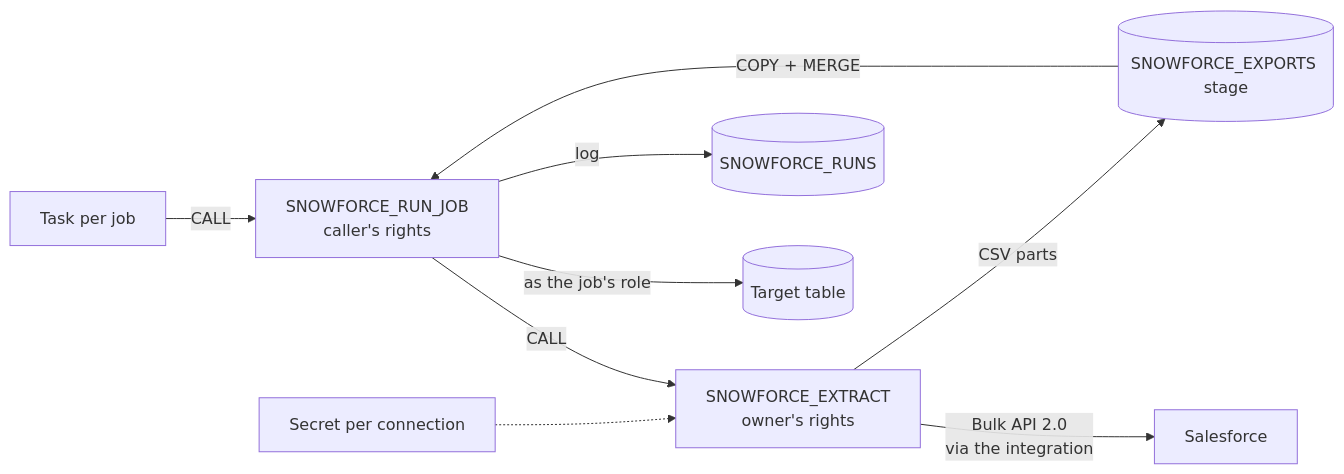
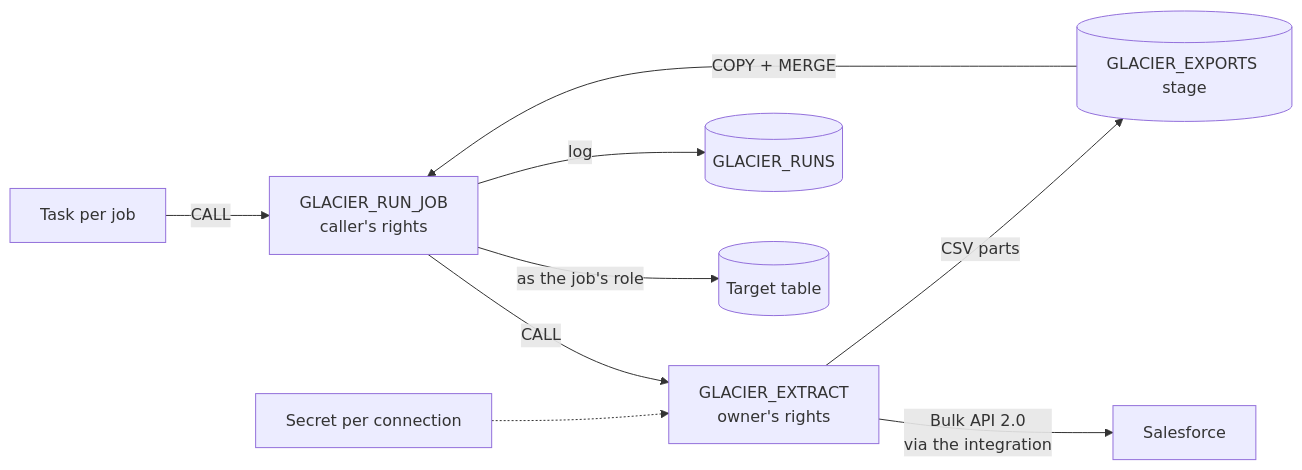
One commit to cranforce/Glacier changed the diagram in docs/snowflake-setup.md. Above: the diagram before and after it, drawn with Mermaid. The commit also changed other lines of this file and 33 other files, not shown here.

First line of the commit message:
Rename Snowforce to Glacier and give it its own database

````diff
--- a/docs/snowflake-setup.md
+++ b/docs/snowflake-setup.md
@@ -17,11 +17,11 @@
 ```mermaid
 flowchart LR
-  TASK["Task per job"] -- "CALL" --> RUN["SNOWFORCE_RUN_JOB<br/>caller's rights"]
-  RUN -- "CALL" --> EXT["SNOWFORCE_EXTRACT<br/>owner's rights"]
+  TASK["Task per job"] -- "CALL" --> RUN["GLACIER_RUN_JOB<br/>caller's rights"]
+  RUN -- "CALL" --> EXT["GLACIER_EXTRACT<br/>owner's rights"]
   SEC["Secret per connection"] -.-> EXT
   EXT -- "Bulk API 2.0<br/>via the integration" --> SF["Salesforce"]
-  EXT -- "CSV parts" --> STG[("SNOWFORCE_EXPORTS stage")]
+  EXT -- "CSV parts" --> STG[("GLACIER_EXPORTS stage")]
   STG -- "COPY + MERGE" --> RUN
   RUN -- "as the job's role" --> DEST[("Target table")]
-  RUN -- "log" --> RUNS[("SNOWFORCE_RUNS")]
+  RUN -- "log" --> RUNS[("GLACIER_RUNS")]
 ```
````
